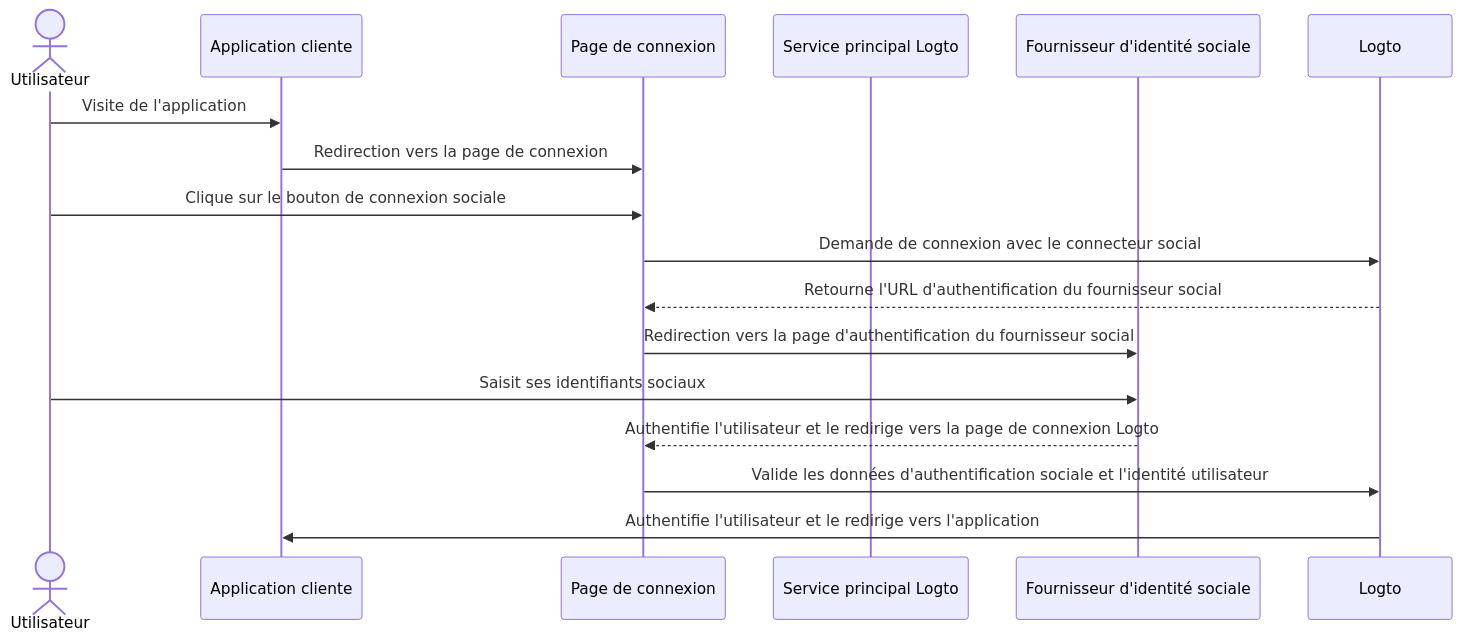
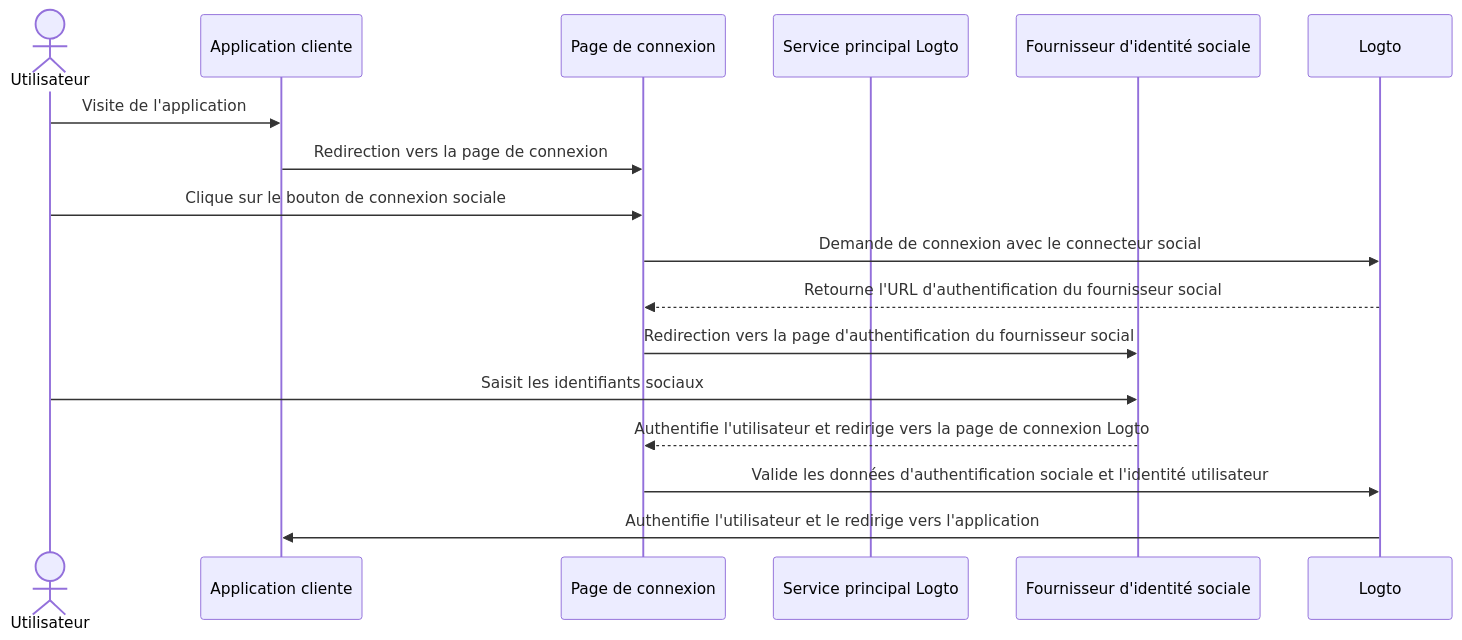
Before and after one commit to logto-io/docs: the first of 6 diagrams in i18n/fr/docusaurus-plugin-content-docs/current/end-user-flows/sign-up-and-sign-in/social-sign-in.mdx, drawn with Mermaid. The commit also changed other lines of this file and 666 other files, not shown here.

````diff
--- a/i18n/fr/docusaurus-plugin-content-docs/current/end-user-flows/sign-up-and-sign-in/social-sign-in.mdx
+++ b/i18n/fr/docusaurus-plugin-content-docs/current/end-user-flows/sign-up-and-sign-in/social-sign-in.mdx
@@ -36,19 +36,19 @@
 ```mermaid
 sequenceDiagram
     actor user as Utilisateur
     participant app as Application cliente
     participant experience as Page de connexion
     participant logto as Service principal Logto
     participant social as Fournisseur d'identité sociale
 
     user->>app: Visite de l'application
     app->>experience: Redirection vers la page de connexion
     user->>experience: Clique sur le bouton de connexion sociale
     experience->>Logto: Demande de connexion avec le connecteur social
     Logto-->>experience: Retourne l'URL d'authentification du fournisseur social
     experience->>social: Redirection vers la page d'authentification du fournisseur social
-    user->>social: Saisit ses identifiants sociaux
-    social-->>experience: Authentifie l'utilisateur et le redirige vers la page de connexion Logto
+    user->>social: Saisit les identifiants sociaux
+    social-->>experience: Authentifie l'utilisateur et redirige vers la page de connexion Logto
     experience->>Logto: Valide les données d'authentification sociale et l'identité utilisateur
     Logto->>app: Authentifie l'utilisateur et le redirige vers l'application
 ```
````
